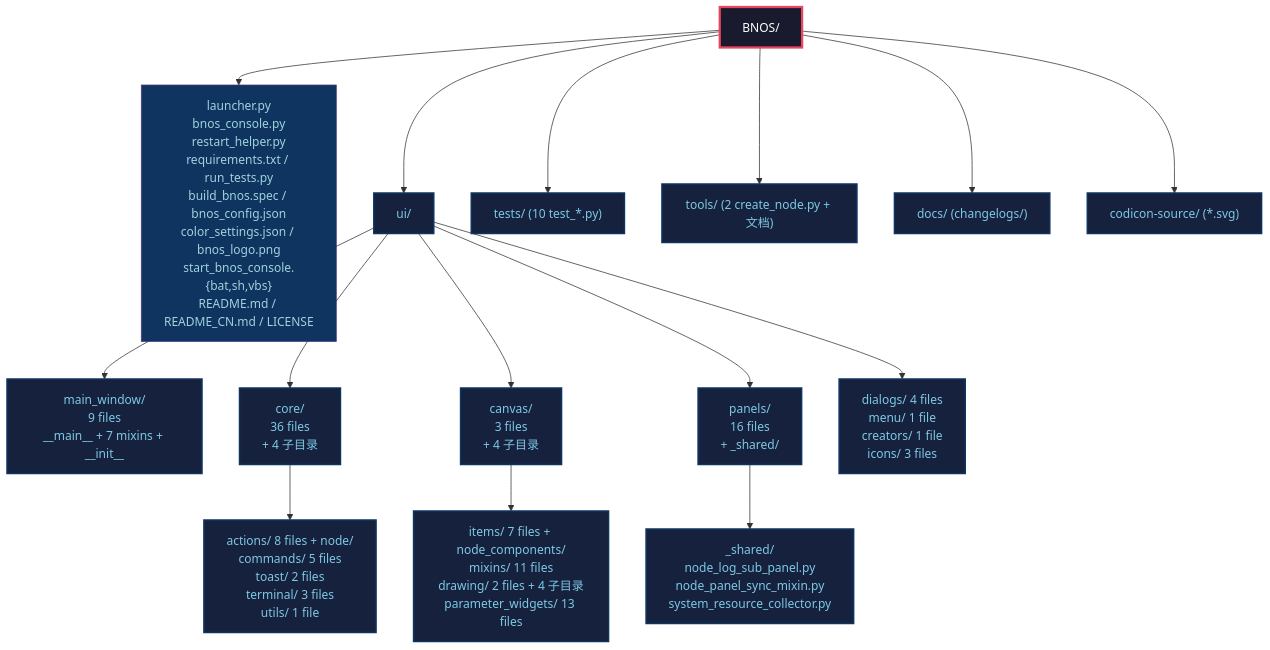
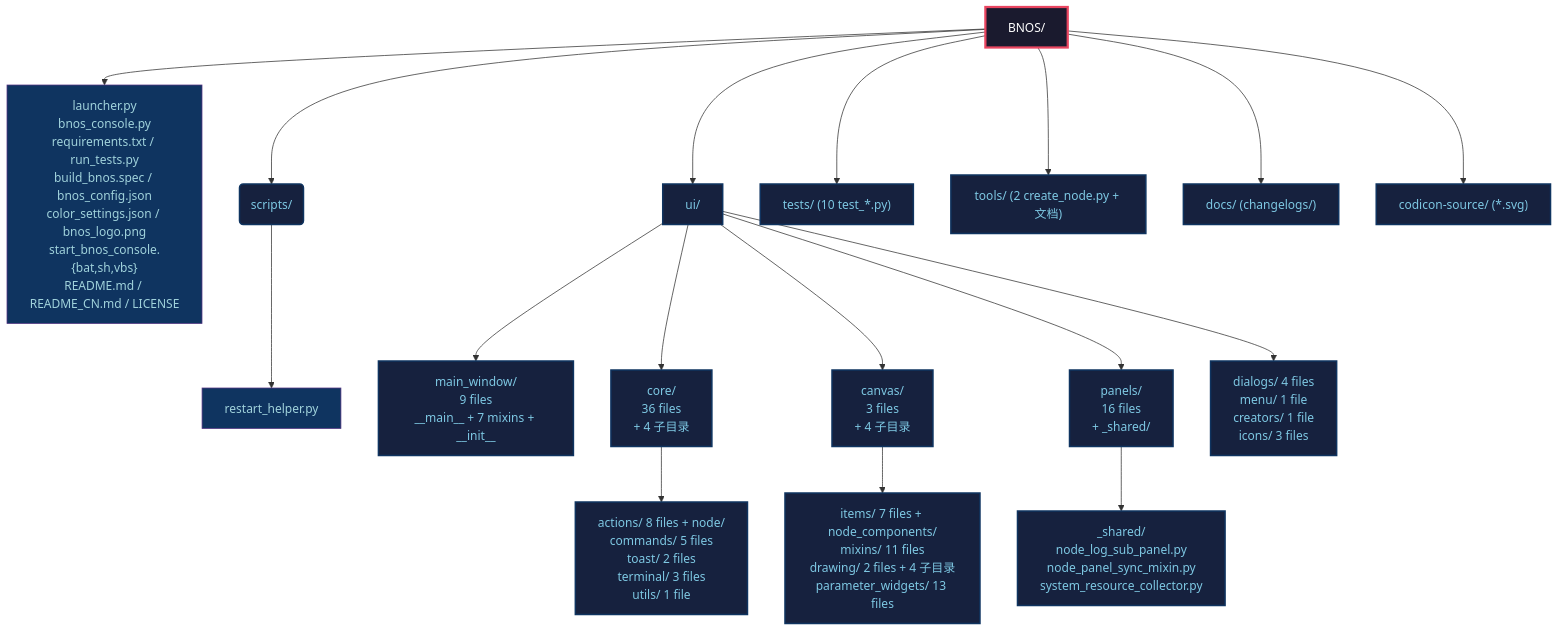
Before and after one commit to LiuStar656/BNOS---Bionic-Neural-Network-Visual-Orchestration-Platform: the second of 3 diagrams in docs/BNOS_文件结构图.md, drawn with Mermaid. The commit also changed other lines of this file and 21 other files, not shown here.

````diff
--- a/docs/BNOS_文件结构图.md
+++ b/docs/BNOS_文件结构图.md
@@ -231,27 +232,29 @@
 ```mermaid
 graph TB
     R["BNOS/"]:::root
-    R --> R1["launcher.py<br/>bnos_console.py<br/>restart_helper.py<br/>requirements.txt / run_tests.py<br/>build_bnos.spec / bnos_config.json<br/>color_settings.json / bnos_logo.png<br/>start_bnos_console.{bat,sh,vbs}<br/>README.md / README_CN.md / LICENSE"]:::file
+    R --> R1["launcher.py<br/>bnos_console.py<br/>requirements.txt / run_tests.py<br/>build_bnos.spec / bnos_config.json<br/>color_settings.json / bnos_logo.png<br/>start_bnos_console.{bat,sh,vbs}<br/>README.md / README_CN.md / LICENSE"]:::file
+    R --> SCRIPTS("scripts/"):::dir
+    SCRIPTS --> R_H["restart_helper.py"]:::file
 
     R --> UI["ui/"]:::dir
     R --> TESTS["tests/ (10 test_*.py)"]:::dir
     R --> TOOLS["tools/ (2 create_node.py + 文档)"]:::dir
     R --> DOCS["docs/ (changelogs/)"]:::dir
     R --> CODICON["codicon-source/ (*.svg)"]:::dir
 
     UI --> MW["main_window/<br/>9 files<br/>__main__ + 7 mixins + __init__"]:::dir
     UI --> CORE["core/<br/>36 files<br/>+ 4 子目录"]:::dir
     UI --> CV["canvas/<br/>3 files<br/>+ 4 子目录"]:::dir
     UI --> PNL["panels/<br/>16 files<br/>+ _shared/"]:::dir
     UI --> OTH["dialogs/ 4 files<br/>menu/ 1 file<br/>creators/ 1 file<br/>icons/ 3 files"]:::dir
 
     CORE --> CORE_SUB["actions/ 8 files + node/<br/>commands/ 5 files<br/>toast/ 2 files<br/>terminal/ 3 files<br/>utils/ 1 file"]:::dir
 
     CV --> CV_SUB["items/ 7 files + node_components/<br/>mixins/ 11 files<br/>drawing/ 2 files + 4 子目录<br/>parameter_widgets/ 13 files"]:::dir
 
     PNL --> PNL_SUB["_shared/<br/>node_log_sub_panel.py<br/>node_panel_sync_mixin.py<br/>system_resource_collector.py"]:::dir
 
     classDef root fill:#1a1a2e,stroke:#e94560,color:#fff,stroke-width:3px
     classDef dir fill:#16213e,stroke:#0f3460,color:#7ec8e3,stroke-width:2px
     classDef file fill:#0f3460,stroke:#533483,color:#a0d2db,stroke-width:1px
 ```
````
